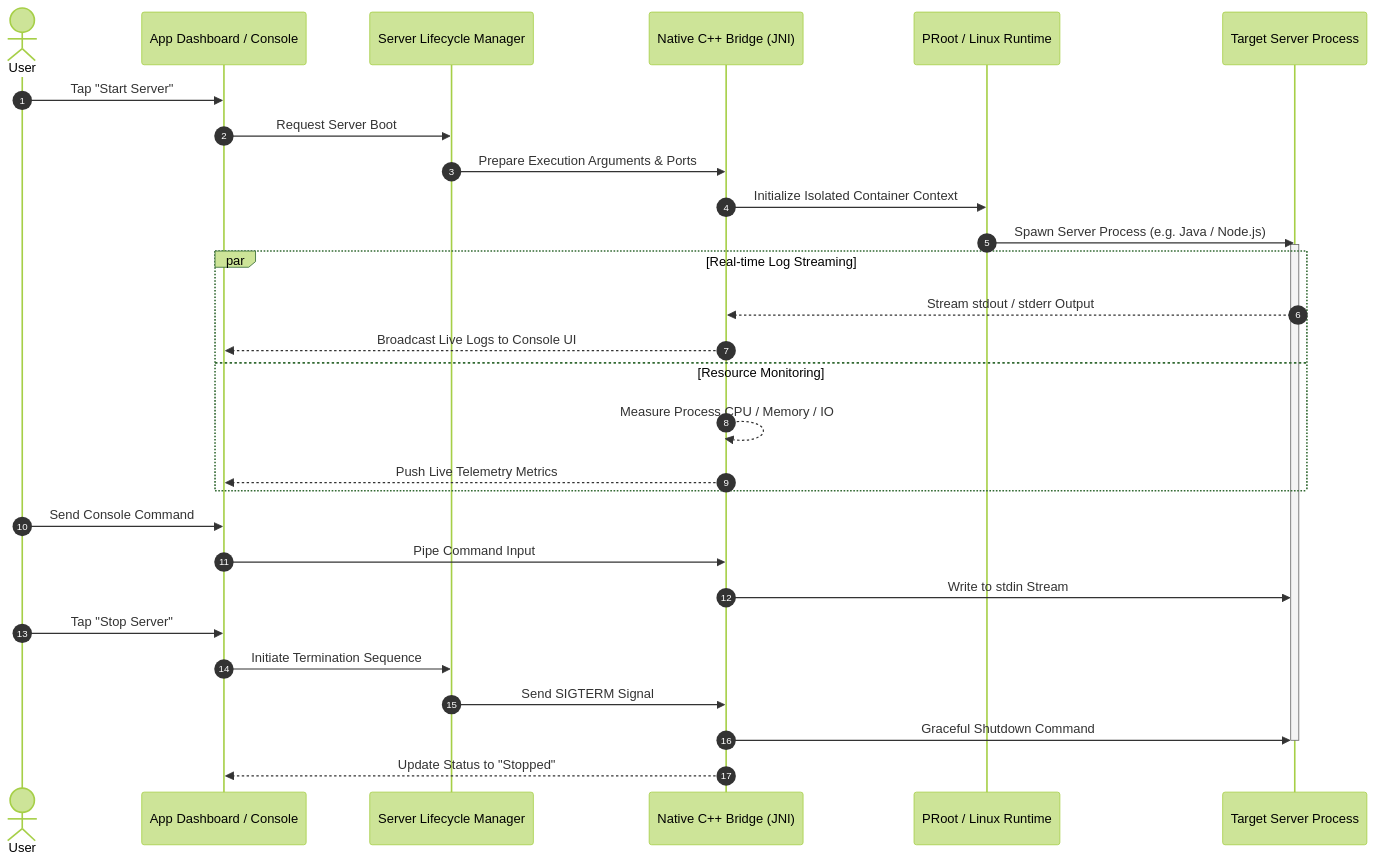
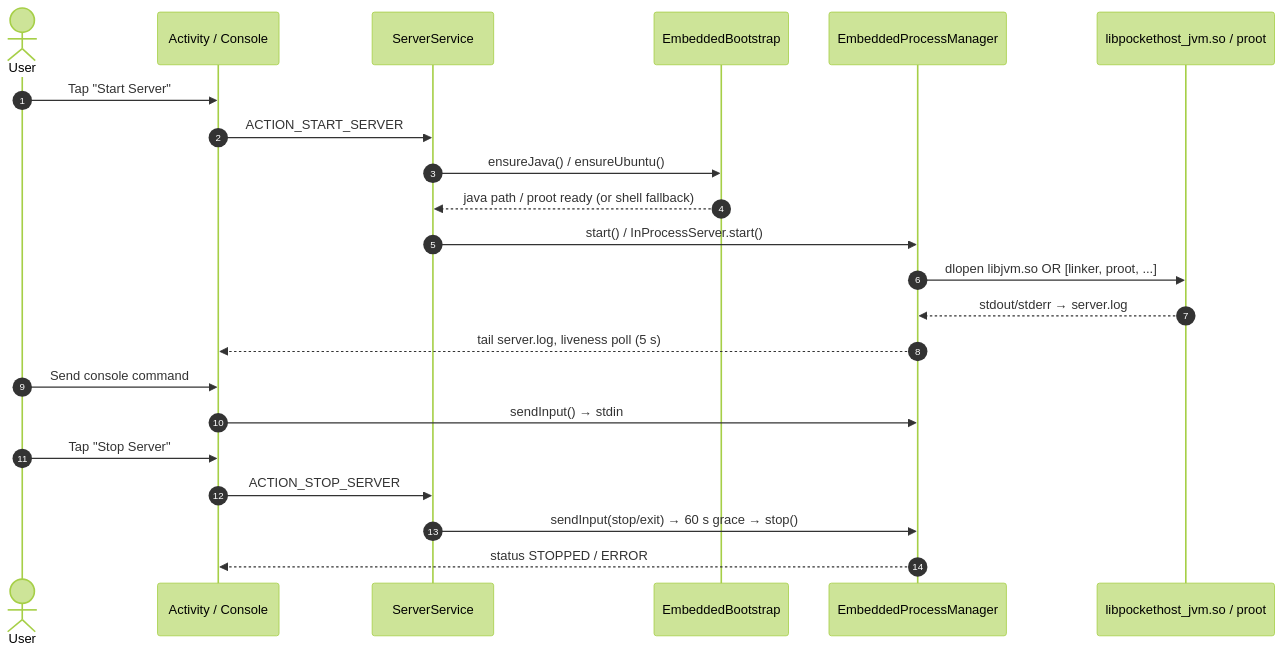
The second of 2 diagrams in README.md (W1zago/PocketHost), drawn with Mermaid (forest theme) before and after one commit. The commit also changed other lines of this file, not shown here.

````diff
--- a/README.md
+++ b/README.md
@@ -63,36 +89,25 @@
 ```mermaid
 sequenceDiagram
     autonumber
     actor User
-    participant UI as App Dashboard / Console
-    participant Service as Server Lifecycle Manager
-    participant Native as Native C++ Bridge (JNI)
-    participant Environment as PRoot / Linux Runtime
-    participant Server as Target Server Process
+    participant UI as Activity / Console
+    participant Service as ServerService
+    participant Boot as EmbeddedBootstrap
+    participant Proc as EmbeddedProcessManager
+    participant Nat as libpockethost_jvm.so / proot
 
     User->>UI: Tap "Start Server"
-    UI->>Service: Request Server Boot
-    Service->>Native: Prepare Execution Arguments & Ports
-    Native->>Environment: Initialize Isolated Container Context
-    Environment->>Server: Spawn Server Process (e.g. Java / Node.js)
-    activate Server
-    
-    par Real-time Log Streaming
-        Server-->>Native: Stream stdout / stderr Output
-        Native-->>UI: Broadcast Live Logs to Console UI
-    and Resource Monitoring
-        Native-->>Native: Measure Process CPU / Memory / IO
-        Native-->>UI: Push Live Telemetry Metrics
-    end
-
-    User->>UI: Send Console Command
-    UI->>Native: Pipe Command Input
-    Native->>Server: Write to stdin Stream
-
+    UI->>Service: ACTION_START_SERVER
+    Service->>Boot: ensureJava() / ensureUbuntu()
+    Boot-->>Service: java path / proot ready (or shell fallback)
+    Service->>Proc: start() / InProcessServer.start()
+    Proc->>Nat: dlopen libjvm.so OR [linker, proot, ...]
+    Nat-->>Proc: stdout/stderr → server.log
+    Proc-->>UI: tail server.log, liveness poll (5 s)
+    User->>UI: Send console command
+    UI->>Proc: sendInput() → stdin
     User->>UI: Tap "Stop Server"
-    UI->>Service: Initiate Termination Sequence
-    Service->>Native: Send SIGTERM Signal
-    Native->>Server: Graceful Shutdown Command
-    deactivate Server
-    Native-->>UI: Update Status to "Stopped"
+    UI->>Service: ACTION_STOP_SERVER
+    Service->>Proc: sendInput(stop/exit) → 60 s grace → stop()
+    Proc-->>UI: status STOPPED / ERROR
 ```
````
